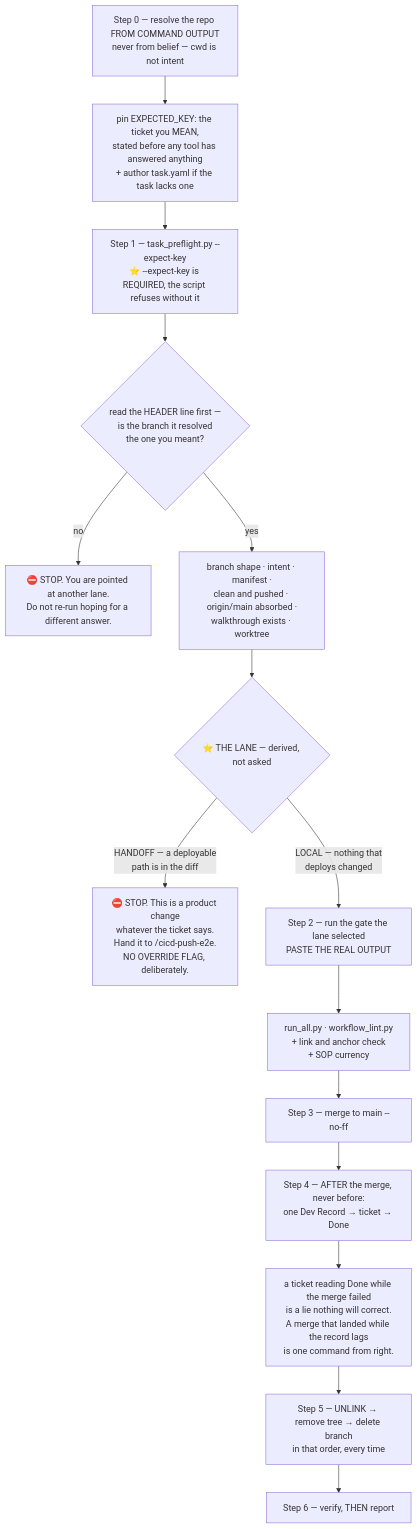
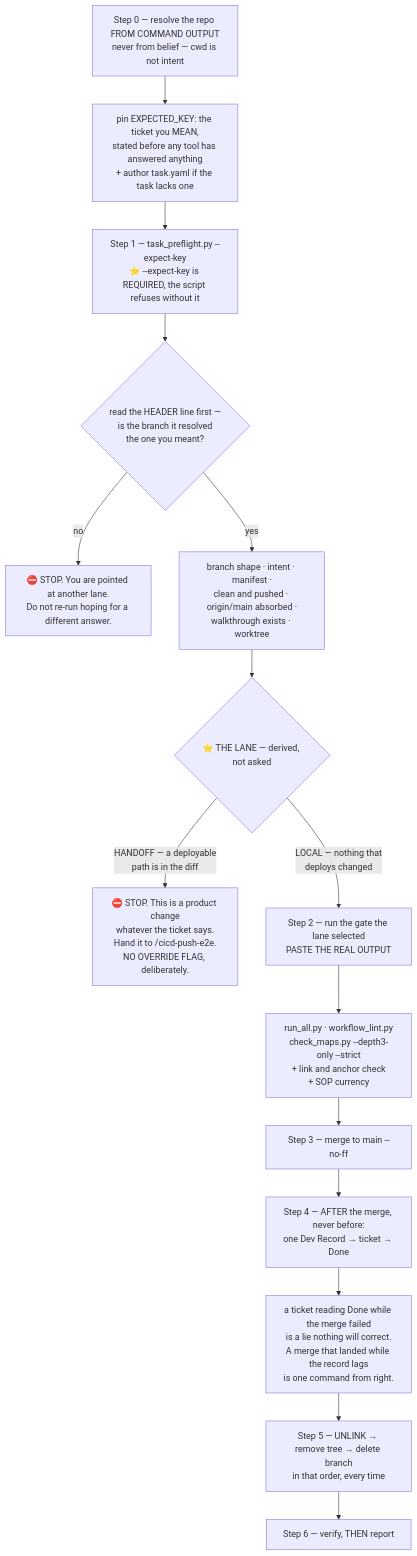
Before and after one commit to sudomadhatter/Sudo_Hatter_Command: diagram 13 of 23 in docs/_scc_sops_prds/workflows_testing_SOP.md, drawn with Mermaid. The commit also changed other lines of this file and 4 other files, not shown here.

````diff
--- a/docs/_scc_sops_prds/workflows_testing_SOP.md
+++ b/docs/_scc_sops_prds/workflows_testing_SOP.md
@@ -738,17 +738,17 @@
 ```mermaid
 flowchart TD
     S0["Step 0 — resolve the repo FROM COMMAND OUTPUT\nnever from belief — cwd is not intent"] --> PIN["pin EXPECTED_KEY: the ticket you MEAN,\nstated before any tool has answered anything\n+ author task.yaml if the task lacks one"]
     PIN --> S1["Step 1 — task_preflight.py --expect-key\n⭐ --expect-key is REQUIRED, the script refuses without it"]
     S1 --> HDR{"read the HEADER line first —\nis the branch it resolved\nthe one you meant?"}
     HDR -- "no" --> WRONG["⛔ STOP. You are pointed at another lane.\nDo not re-run hoping for a different answer."]
     HDR -- "yes" --> CHECKS["branch shape · intent · manifest ·\nclean and pushed · origin/main absorbed ·\nwalkthrough exists · worktree"]
     CHECKS --> LANE{"⭐ THE LANE — derived, not asked"}
     LANE -- "HANDOFF — a deployable\npath is in the diff" --> HAND["⛔ STOP. This is a product change\nwhatever the ticket says.\nHand it to /cicd-push-e2e.\nNO OVERRIDE FLAG, deliberately."]
     LANE -- "LOCAL — nothing that\ndeploys changed" --> S2["Step 2 — run the gate the lane selected\nPASTE THE REAL OUTPUT"]
-    S2 --> G["run_all.py · workflow_lint.py\n+ link and anchor check\n+ SOP currency"]
+    S2 --> G["run_all.py · workflow_lint.py\ncheck_maps.py --depth3-only --strict\n+ link and anchor check\n+ SOP currency"]
     G --> S3["Step 3 — merge to main --no-ff"]
     S3 --> S4["Step 4 — AFTER the merge, never before:\none Dev Record → ticket → Done"]
     S4 --> WHY4["a ticket reading Done while the merge failed\nis a lie nothing will correct.\nA merge that landed while the record lags\nis one command from right."]
     WHY4 --> S5["Step 5 — UNLINK → remove tree → delete branch\nin that order, every time"]
     S5 --> S6["Step 6 — verify, THEN report"]
 ```
````
